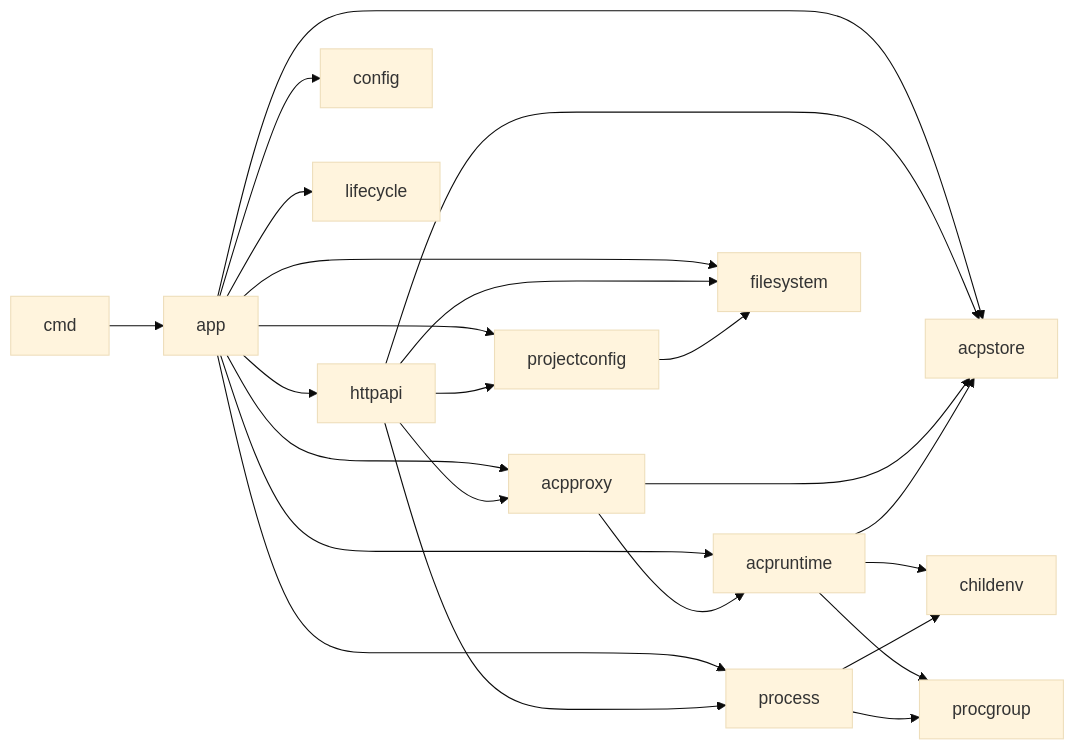
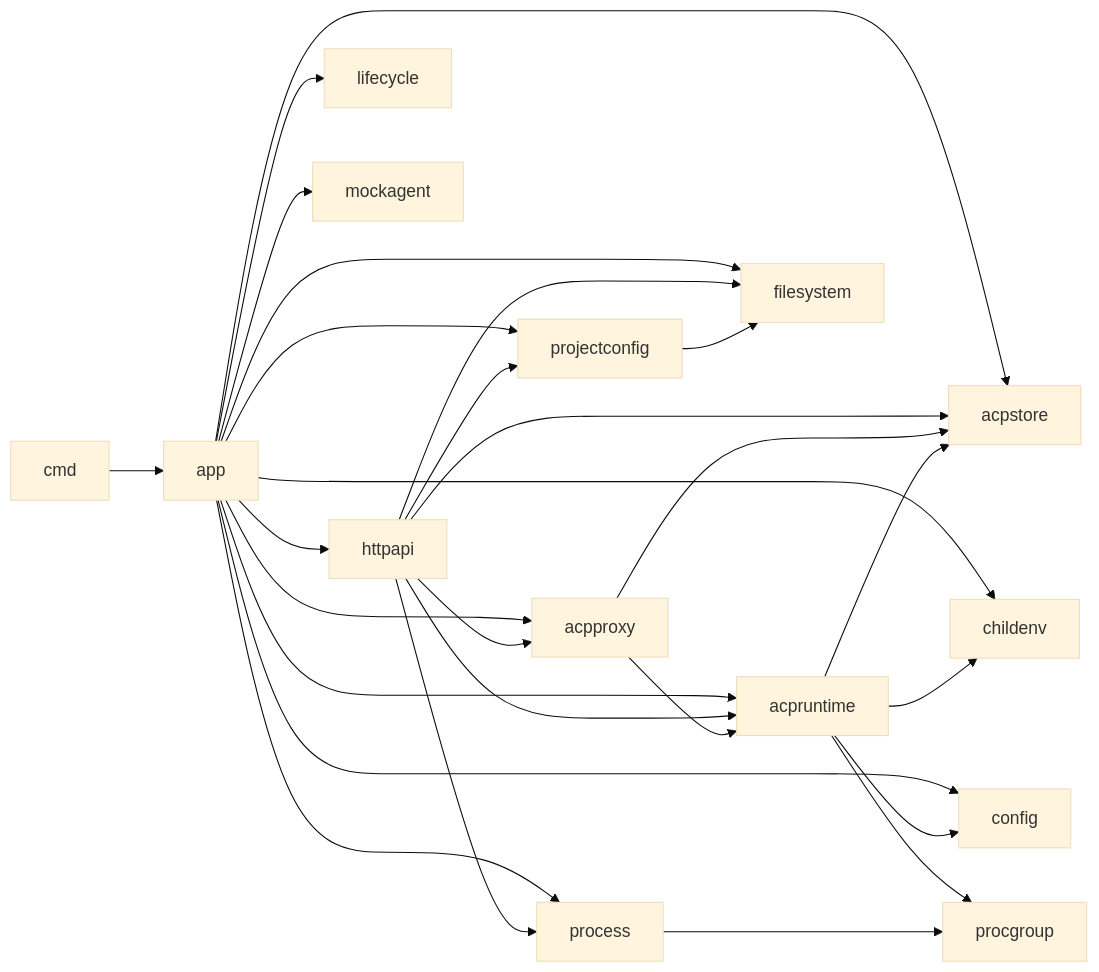
Before and after one commit to viethoangcr/agent-bridge: the diagram in docs/references/go-project-layout.md, drawn with Mermaid (base theme). The commit also changed other lines of this file and 7 other files, not shown here.

First line of the commit message:
docs: fix dependency graph and remove ephemeral plan references (#12)

````diff
--- a/docs/references/go-project-layout.md
+++ b/docs/references/go-project-layout.md
@@ -84,26 +82,29 @@
 ```mermaid
 flowchart LR
   cmd --> app
   app --> httpapi
   app --> acpproxy
   app --> acpstore
   app --> acpruntime
   app --> process
   app --> filesystem
   app --> projectconfig
   app --> config
+  app --> childenv
   app --> lifecycle
+  app --> mockagent
   httpapi --> acpproxy
   httpapi --> acpstore
+  httpapi --> acpruntime
   httpapi --> process
   httpapi --> filesystem
   httpapi --> projectconfig
   acpproxy --> acpruntime
   acpproxy --> acpstore
   acpruntime --> acpstore
   acpruntime --> childenv
+  acpruntime --> config
   acpruntime --> procgroup
-  process --> childenv
   process --> procgroup
   projectconfig --> filesystem
 ```
````
